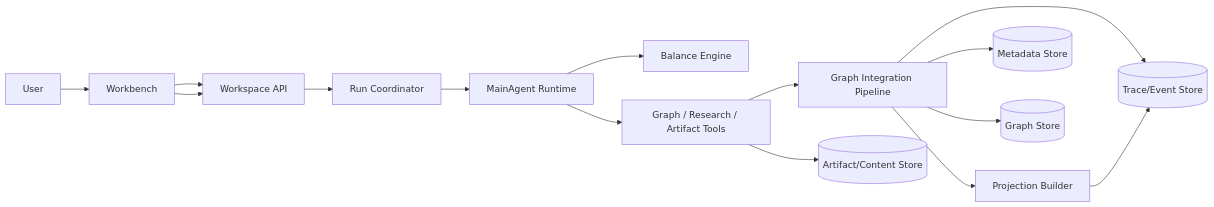
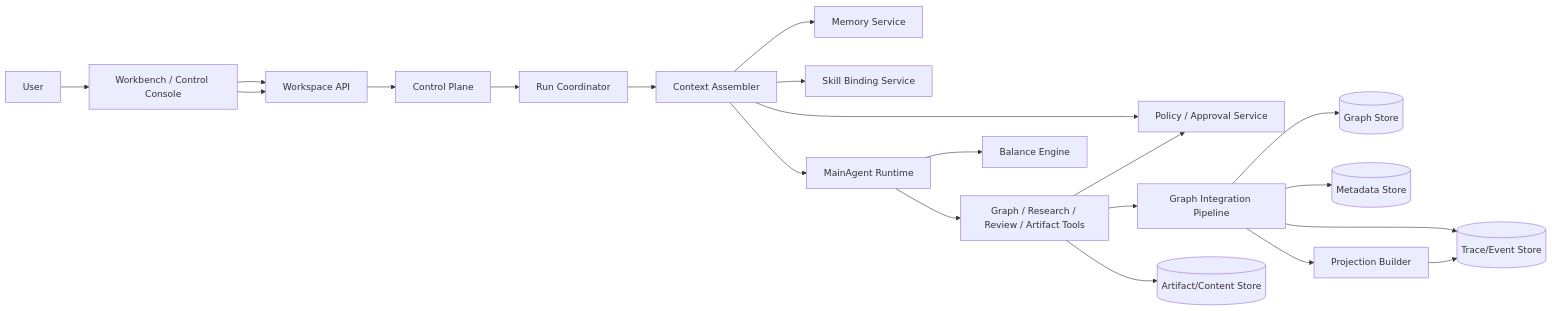
One commit to cv70/IdeaFactory changed the diagram in docs/superpowers/specs/idea-factory-system-architecture.md. Above: the diagram before and after it, drawn with Mermaid. The commit also changed other lines of this file and 19 other files, not shown here.

````diff
--- a/docs/superpowers/specs/idea-factory-system-architecture.md
+++ b/docs/superpowers/specs/idea-factory-system-architecture.md
@@ -23,31 +24,42 @@
 ```mermaid
 flowchart LR
     User[User]
-    WB[Workbench]
+    WB[Workbench / Control Console]
     API[Workspace API]
+    CTRL[Control Plane]
     COORD[Run Coordinator]
+    CTX[Context Assembler]
     MAIN[MainAgent Runtime]
     BAL[Balance Engine]
-    TOOLS[Graph / Research / Artifact Tools]
+    MEM[Memory Service]
+    SKILL[Skill Binding Service]
+    POLICY[Policy / Approval Service]
+    TOOLS[Graph / Research / Review / Artifact Tools]
     INTEG[Graph Integration Pipeline]
     PROJ[Projection Builder]
     META[(Metadata Store)]
     GRAPH[(Graph Store)]
     TRACE[(Trace/Event Store)]
     OBJ[(Artifact/Content Store)]
 
     User --> WB
     WB --> API
-    API --> COORD
-    COORD --> MAIN
+    API --> CTRL
+    CTRL --> COORD
+    COORD --> CTX
+    CTX --> MEM
+    CTX --> SKILL
+    CTX --> POLICY
+    CTX --> MAIN
     MAIN --> BAL
     MAIN --> TOOLS
+    TOOLS --> POLICY
     TOOLS --> INTEG
     TOOLS --> OBJ
     INTEG --> GRAPH
     INTEG --> META
     INTEG --> TRACE
     INTEG --> PROJ
     PROJ --> TRACE
     WB --> API
 ```
````
